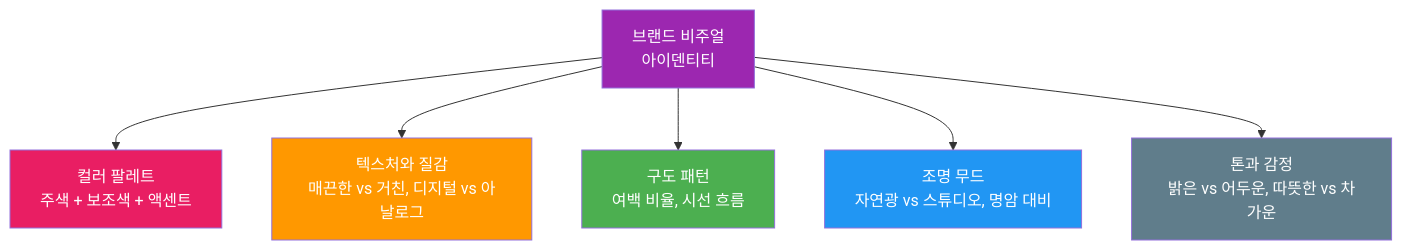
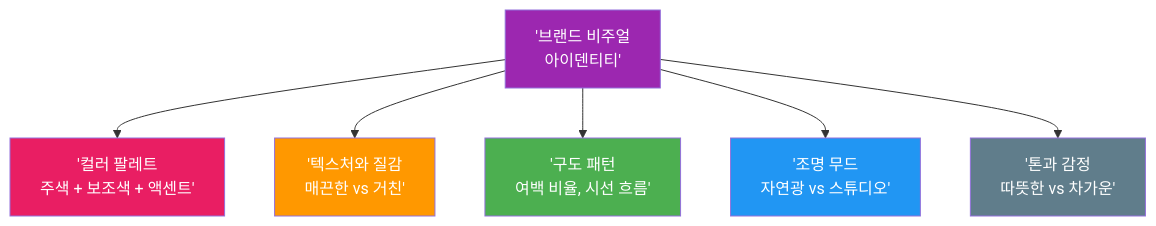
One commit to jsonpassion/forge-tutorial-promptcanvas changed the first of 3 diagrams in 08-ch8-캐릭터브랜드-스타일-일관성-유지/03-03-브랜드-스타일-가이드-구축.md. Above: the diagram before and after it, drawn with Mermaid. The commit also changed other lines of this file and 63 other files, not shown here.

````diff
--- a/08-ch8-캐릭터브랜드-스타일-일관성-유지/03-03-브랜드-스타일-가이드-구축.md
+++ b/08-ch8-캐릭터브랜드-스타일-일관성-유지/03-03-브랜드-스타일-가이드-구축.md
@@ -33,15 +13,15 @@
 ```mermaid
 graph TD
-    BV["브랜드 비주얼<br/>아이덴티티"] --> C["컬러 팔레트<br/>주색 + 보조색 + 액센트"]
-    BV --> T["텍스처와 질감<br/>매끈한 vs 거친, 디지털 vs 아날로그"]
-    BV --> CO["구도 패턴<br/>여백 비율, 시선 흐름"]
-    BV --> L["조명 무드<br/>자연광 vs 스튜디오, 명암 대비"]
-    BV --> TO["톤과 감정<br/>밝은 vs 어두운, 따뜻한 vs 차가운"]
+    BV['브랜드 비주얼<br/>아이덴티티'] --> C['컬러 팔레트<br/>주색 + 보조색 + 액센트']
+    BV --> T['텍스처와 질감<br/>매끈한 vs 거친']
+    BV --> CO['구도 패턴<br/>여백 비율, 시선 흐름']
+    BV --> L['조명 무드<br/>자연광 vs 스튜디오']
+    BV --> TO['톤과 감정<br/>따뜻한 vs 차가운']
 
     style BV fill:#9C27B0,color:#fff
     style C fill:#E91E63,color:#fff
     style T fill:#FF9800,color:#fff
     style CO fill:#4CAF50,color:#fff
     style L fill:#2196F3,color:#fff
     style TO fill:#607D8B,color:#fff
 ```
````
